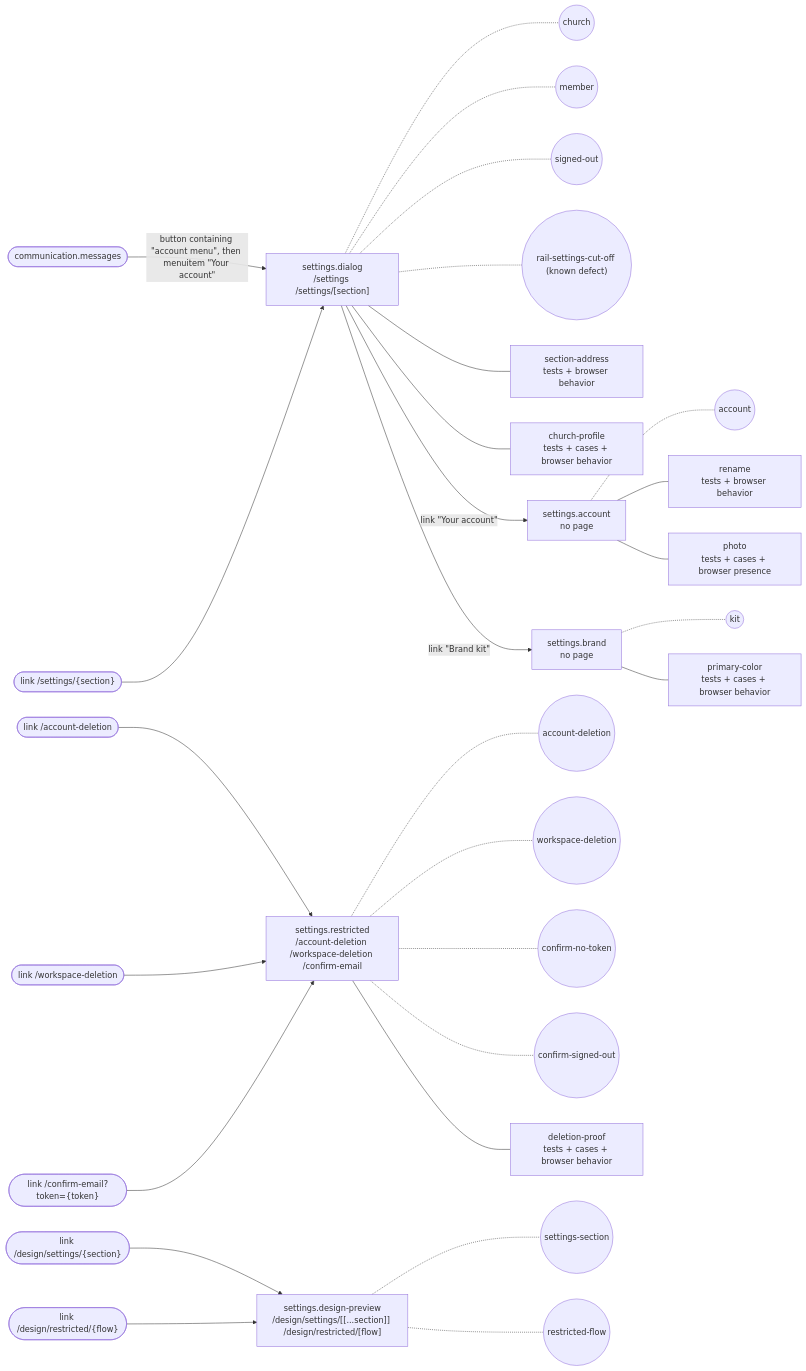
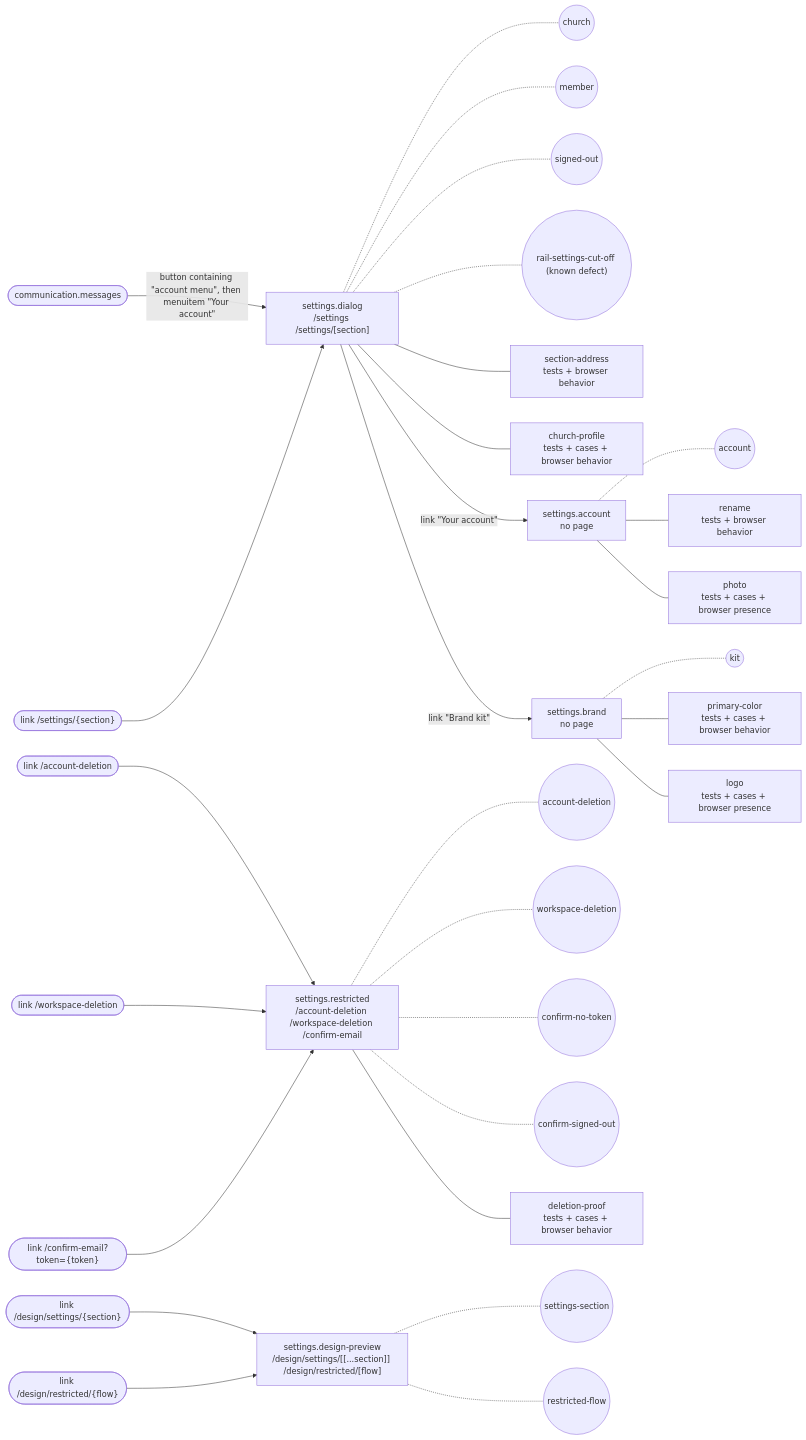
One commit to SebastianGarces/everyfield changed the diagram in docs/feature-maps/settings.md. Above: the diagram before and after it, drawn with Mermaid. The commit also changed other lines of this file and 7 other files, not shown here.

Commit message:
Feature maps: name the logo and import tests, a search check that waits, a filter that shows what stays, a library state independent of later writes, the rail defect's window heights, and the polls limits

````diff
--- a/docs/feature-maps/settings.md
+++ b/docs/feature-maps/settings.md
@@ -6,42 +6,43 @@
 ```mermaid
 flowchart LR
   s0_link1(["link /settings/{section}"])
   s3_link0(["link /account-deletion"])
   s3_link1(["link /workspace-deletion"])
   s3_link2(["link /confirm-email?token={token}"])
   s4_link0(["link /design/settings/{section}"])
   s4_link1(["link /design/restricted/{flow}"])
   x_communication_messages(["communication.messages"])
   s0["settings.dialog<br/>/settings /settings/[section]"]
   x_communication_messages -- "button containing #quot;account menu#quot;, then menuitem #quot;Your account#quot;" --> s0
   s0_link1 --> s0
   s0 -.- s0_st0(("church"))
   s0 -.- s0_st1(("member"))
   s0 -.- s0_st2(("signed-out"))
   s0 -.- s0_st3(("rail-settings-cut-off (known defect)"))
   s0 --- s0_b0["section-address<br/>tests + browser behavior"]
   s0 --- s0_b1["church-profile<br/>tests + cases + browser behavior"]
   s1["settings.account<br/>no page"]
   s0 -- "link #quot;Your account#quot;" --> s1
   s1 -.- s1_st0(("account"))
   s1 --- s1_b0["rename<br/>tests + browser behavior"]
   s1 --- s1_b1["photo<br/>tests + cases + browser presence"]
   s2["settings.brand<br/>no page"]
   s0 -- "link #quot;Brand kit#quot;" --> s2
   s2 -.- s2_st0(("kit"))
   s2 --- s2_b0["primary-color<br/>tests + cases + browser behavior"]
+  s2 --- s2_b1["logo<br/>tests + cases + browser presence"]
   s3["settings.restricted<br/>/account-deletion /workspace-deletion /confirm-email"]
   s3_link0 --> s3
   s3_link1 --> s3
   s3_link2 --> s3
   s3 -.- s3_st0(("account-deletion"))
   s3 -.- s3_st1(("workspace-deletion"))
   s3 -.- s3_st2(("confirm-no-token"))
   s3 -.- s3_st3(("confirm-signed-out"))
   s3 --- s3_b0["deletion-proof<br/>tests + cases + browser behavior"]
   s4["settings.design-preview<br/>/design/settings/[[...section]] /design/restricted/[flow]"]
   s4_link0 --> s4
   s4_link1 --> s4
   s4 -.- s4_st0(("settings-section"))
   s4 -.- s4_st1(("restricted-flow"))
 ```
````
